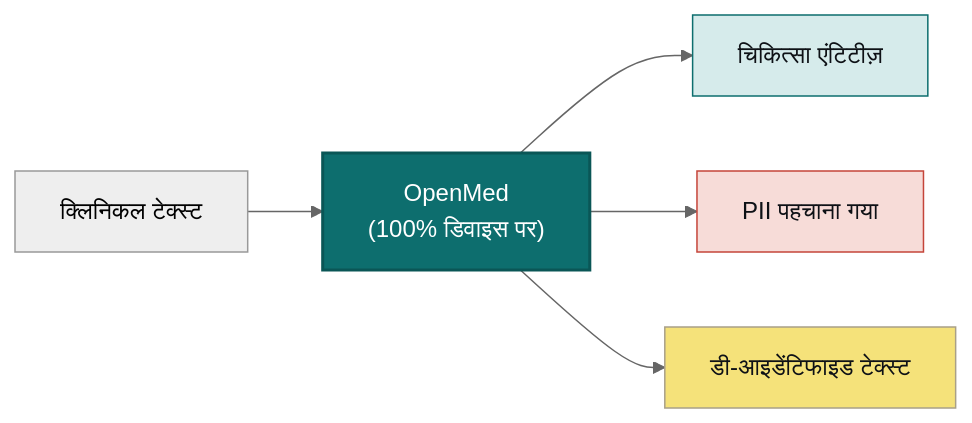
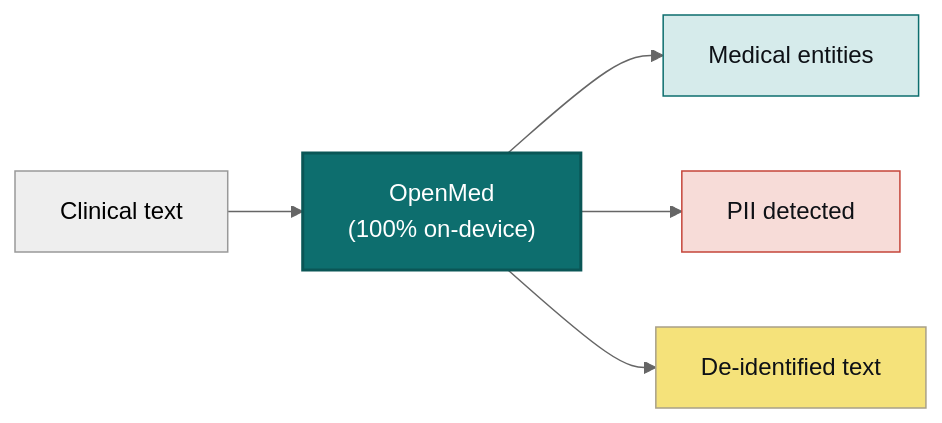
One commit to maziyarpanahi/openmed changed the diagram in README.hi.md. Above: the diagram before and after it, drawn with Mermaid (neutral theme). The commit also changed other lines of this file and 4 other files, not shown here.

````diff
--- a/README.hi.md
+++ b/README.hi.md
@@ -142,11 +227,11 @@
 ```mermaid
 flowchart LR
-    A["क्लिनिकल टेक्स्ट"] --> B["OpenMed<br/>(100% डिवाइस पर)"]
-    B --> C["चिकित्सा एंटिटीज़"]
-    B --> D["PII पहचाना गया"]
-    B --> E["डी-आइडेंटिफाइड टेक्स्ट"]
+    A["Clinical text"] --> B["OpenMed<br/>(100% on-device)"]
+    B --> C["Medical entities"]
+    B --> D["PII detected"]
+    B --> E["De-identified text"]
     style B fill:#0D6E6E,stroke:#0A5656,stroke-width:2px,color:#ffffff
     style C fill:#D6EBEB,stroke:#0D6E6E,color:#0E1116
     style D fill:#F7DCD8,stroke:#C5453A,color:#0E1116
     style E fill:#F5E27A,stroke:#A9A088,color:#0E1116
 ```
````
